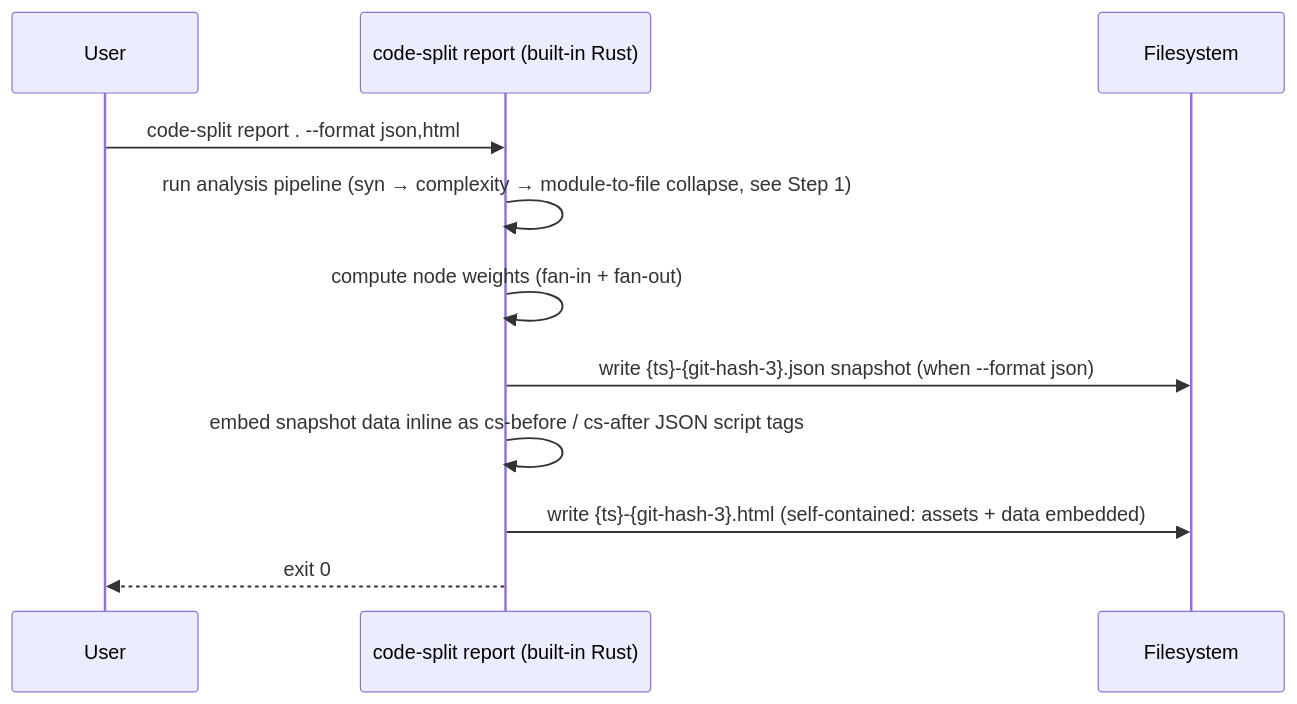
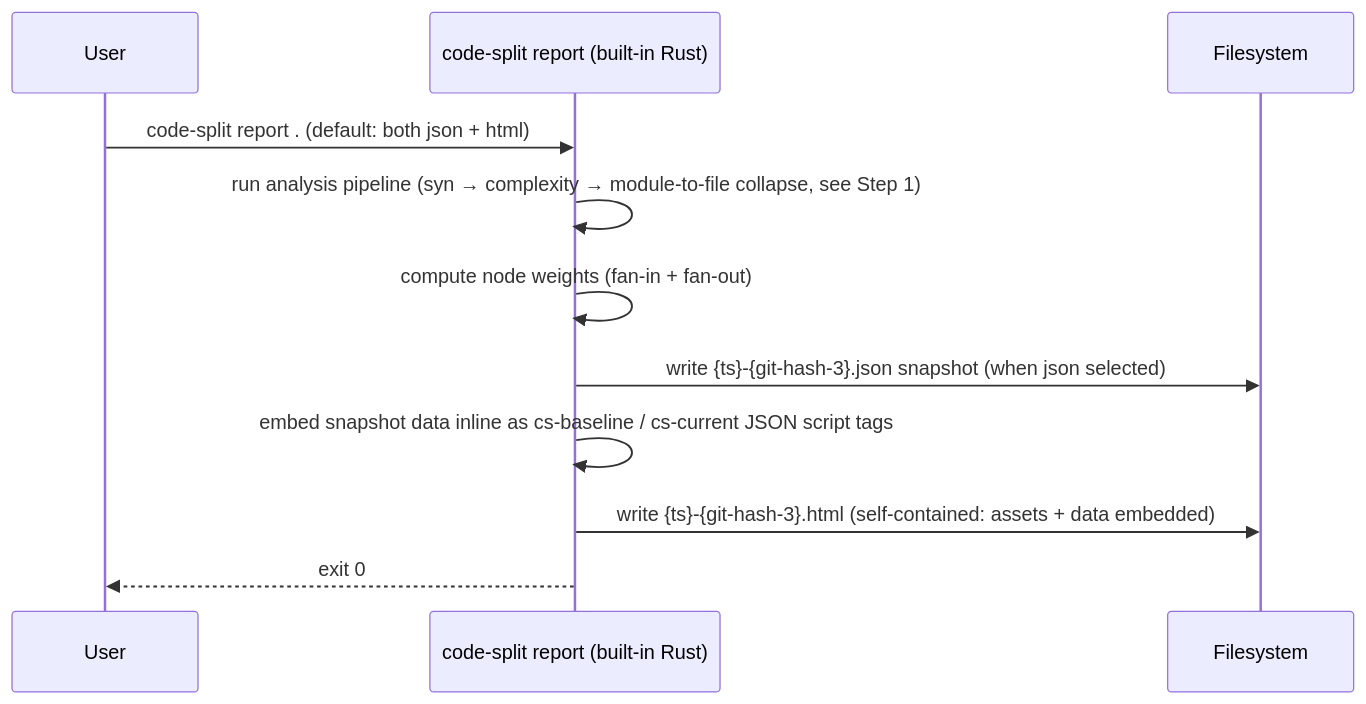
Before and after one commit to code-ranker-com/code-ranker: the third of 5 diagrams in docs/DESIGN.md, drawn with Mermaid. The commit also changed other lines of this file and 17 other files, not shown here.

````diff
--- a/docs/DESIGN.md
+++ b/docs/DESIGN.md
@@ -685,14 +697,14 @@
 ```mermaid
 sequenceDiagram
     participant User
     participant Report as code-split report (built-in Rust)
     participant FS as Filesystem
 
-    User ->> Report: code-split report . --format json,html
+    User ->> Report: code-split report . (default: both json + html)
     Report ->> Report: run analysis pipeline (syn → complexity → module-to-file collapse, see Step 1)
     Report ->> Report: compute node weights (fan-in + fan-out)
-    Report ->> FS: write {ts}-{git-hash-3}.json snapshot (when --format json)
-    Report ->> Report: embed snapshot data inline as cs-before / cs-after JSON script tags
+    Report ->> FS: write {ts}-{git-hash-3}.json snapshot (when json selected)
+    Report ->> Report: embed snapshot data inline as cs-baseline / cs-current JSON script tags
     Report ->> FS: write {ts}-{git-hash-3}.html (self-contained: assets + data embedded)
     Report -->> User: exit 0
 ```
````
